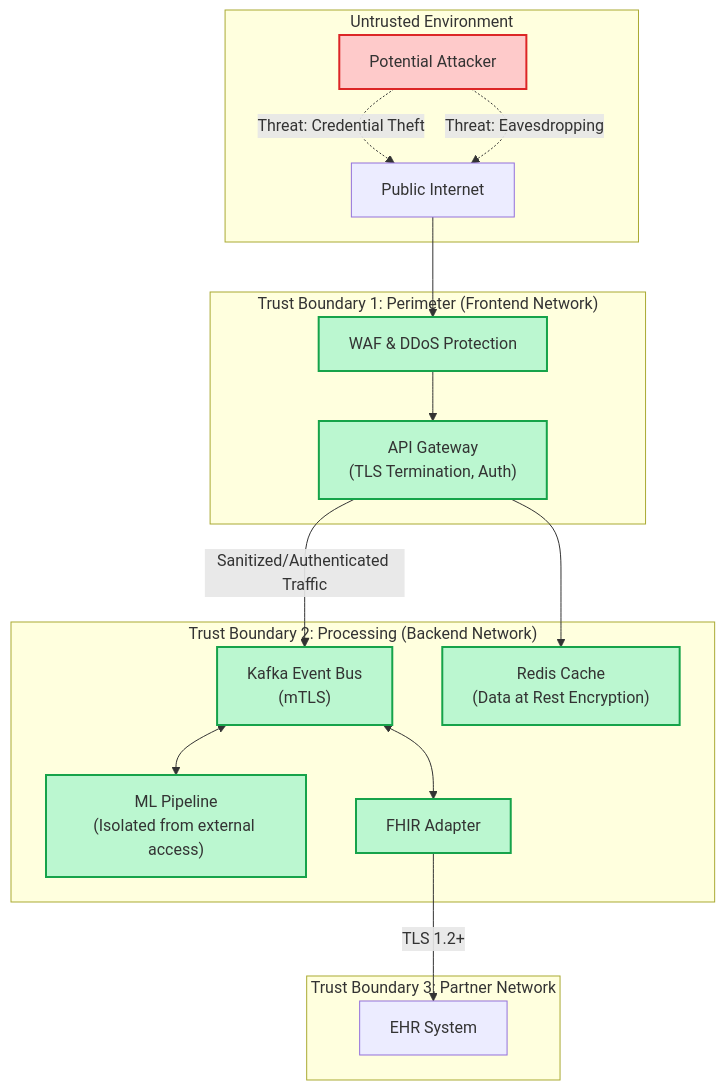
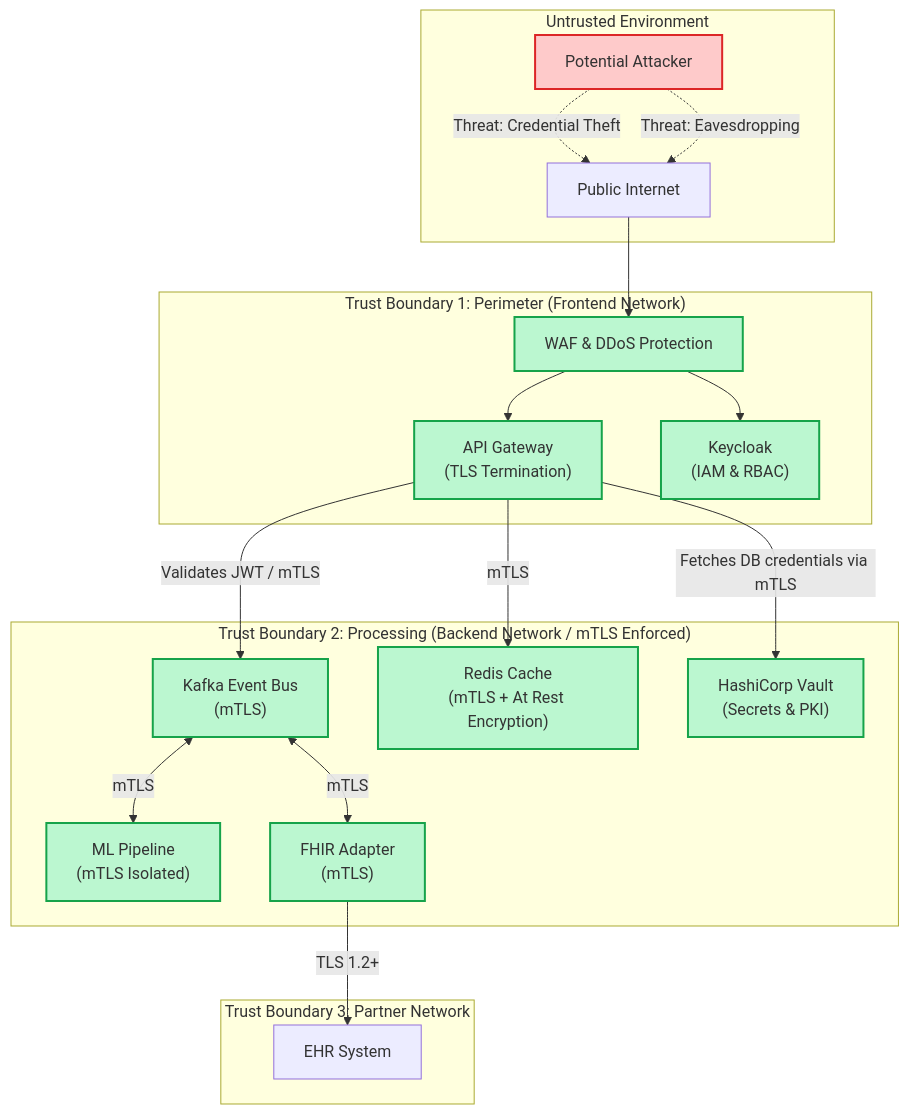
The first of 3 diagrams in docs/security.md (Nikhiluuuuuuuuu/Kraionyx-Project-001), drawn with Mermaid before and after one commit. The commit also changed other lines of this file and 2 other files, not shown here.

Commit message:
docs: update architecture, security, and README

````diff
--- a/docs/security.md
+++ b/docs/security.md
@@ -13,39 +13,43 @@
 ```mermaid
 graph TD
     subgraph "Untrusted Environment"
         Internet["Public Internet"]
         Attacker["Potential Attacker"]
     end
 
     subgraph "Trust Boundary 1: Perimeter (Frontend Network)"
         WAF["WAF & DDoS Protection"]
-        API["API Gateway<br/>(TLS Termination, Auth)"]
+        API["API Gateway<br/>(TLS Termination)"]
+        Keycloak["Keycloak<br/>(IAM & RBAC)"]
     end
 
-    subgraph "Trust Boundary 2: Processing (Backend Network)"
+    subgraph "Trust Boundary 2: Processing (Backend Network / mTLS Enforced)"
         Kafka["Kafka Event Bus<br/>(mTLS)"]
-        Redis["Redis Cache<br/>(Data at Rest Encryption)"]
-        ML["ML Pipeline<br/>(Isolated from external access)"]
-        FHIR["FHIR Adapter"]
+        Redis["Redis Cache<br/>(mTLS + At Rest Encryption)"]
+        ML["ML Pipeline<br/>(mTLS Isolated)"]
+        FHIR["FHIR Adapter<br/>(mTLS)"]
+        Vault["HashiCorp Vault<br/>(Secrets & PKI)"]
     end
     
     subgraph "Trust Boundary 3: Partner Network"
         EHR["EHR System"]
     end
 
     Internet --> WAF
     Attacker -.-> |"Threat: Credential Theft"| Internet
     Attacker -.-> |"Threat: Eavesdropping"| Internet
     WAF --> API
-    API --> |"Sanitized/Authenticated Traffic"| Kafka
-    API --> Redis
-    Kafka <--> ML
-    Kafka <--> FHIR
+    WAF --> Keycloak
+    API --> |"Validates JWT / mTLS"| Kafka
+    API --> |"mTLS"| Redis
+    API --> |"Fetches DB credentials via mTLS"| Vault
+    Kafka <--> |"mTLS"| ML
+    Kafka <--> |"mTLS"| FHIR
     FHIR --> |"TLS 1.2+"| EHR
     
     classDef threat fill:#fecaca,stroke:#dc2626,stroke-width:2px;
     classDef secure fill:#bbf7d0,stroke:#16a34a,stroke-width:2px;
     
     class Attacker threat;
-    class WAF,API,Kafka,Redis,ML,FHIR secure;
+    class WAF,API,Kafka,Redis,ML,FHIR,Vault,Keycloak secure;
 ```
````
